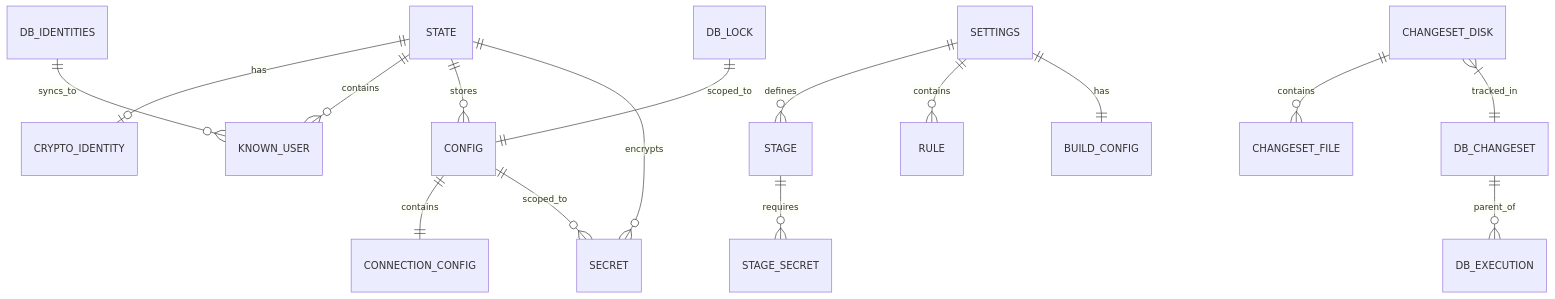
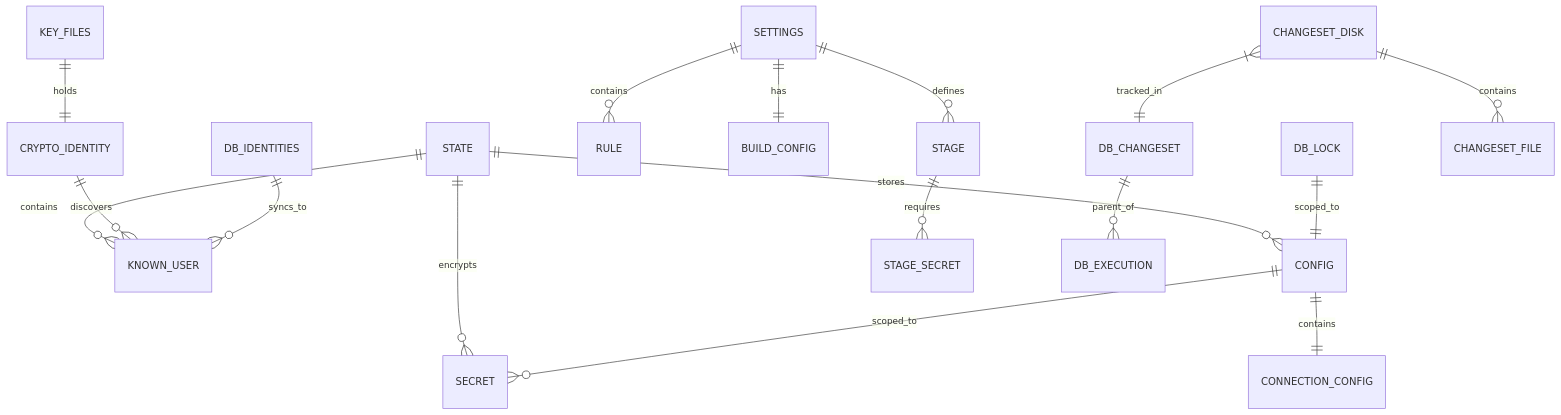
The diagram in docs/dev/datamodel.md (noormdev/noorm), drawn with Mermaid before and after one commit. The commit also changed other lines of this file and 69 other files, not shown here.

````diff
--- a/docs/dev/datamodel.md
+++ b/docs/dev/datamodel.md
@@ -21,22 +21,24 @@
 ```mermaid
 erDiagram
-    STATE ||--o| CRYPTO_IDENTITY : has
     STATE ||--o{ KNOWN_USER : contains
     STATE ||--o{ CONFIG : stores
     STATE ||--o{ SECRET : encrypts
+
+    KEY_FILES ||--|| CRYPTO_IDENTITY : holds
+    CRYPTO_IDENTITY ||--o{ KNOWN_USER : discovers
 
     CONFIG ||--|| CONNECTION_CONFIG : contains
     CONFIG ||--o{ SECRET : scoped_to
 
     SETTINGS ||--o{ STAGE : defines
     SETTINGS ||--o{ RULE : contains
     SETTINGS ||--|| BUILD_CONFIG : has
     STAGE ||--o{ STAGE_SECRET : requires
 
     DB_CHANGESET ||--o{ DB_EXECUTION : parent_of
     DB_LOCK ||--|| CONFIG : scoped_to
     DB_IDENTITIES ||--o{ KNOWN_USER : syncs_to
 
     CHANGESET_DISK ||--o{ CHANGESET_FILE : contains
     CHANGESET_DISK }|--|| DB_CHANGESET : tracked_in
 ```
````
